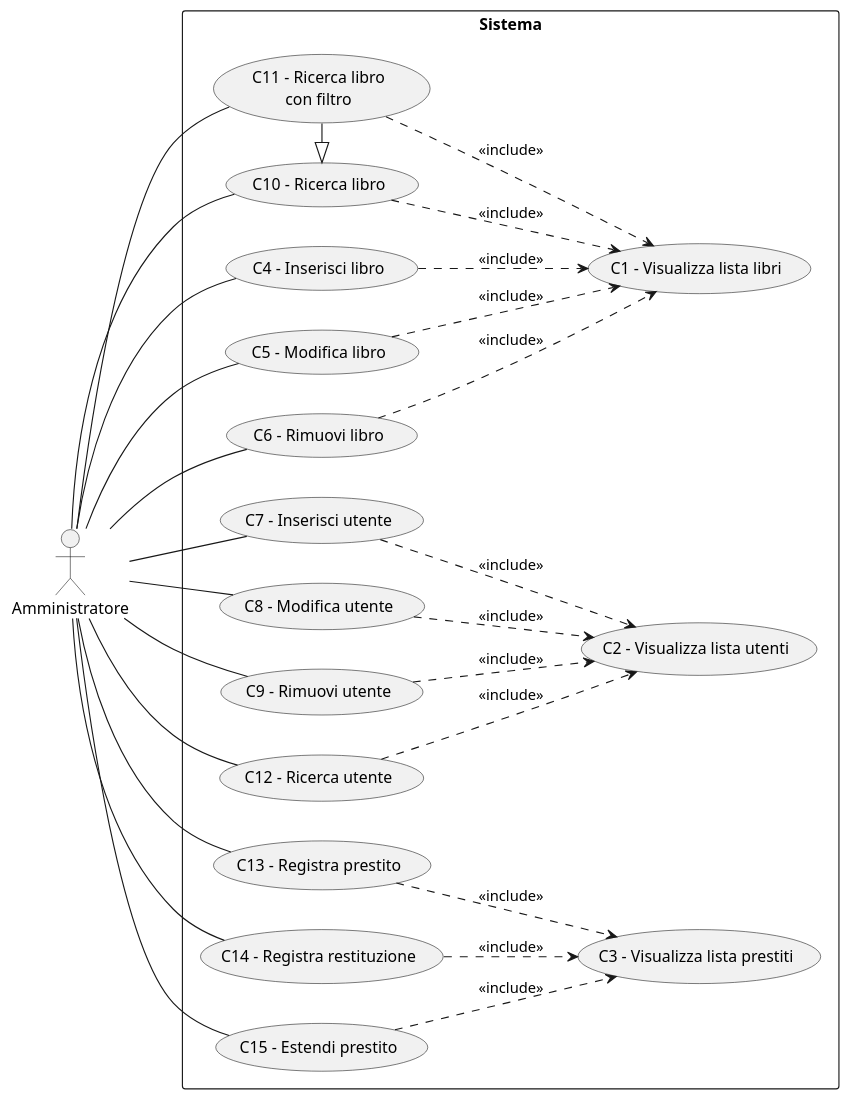
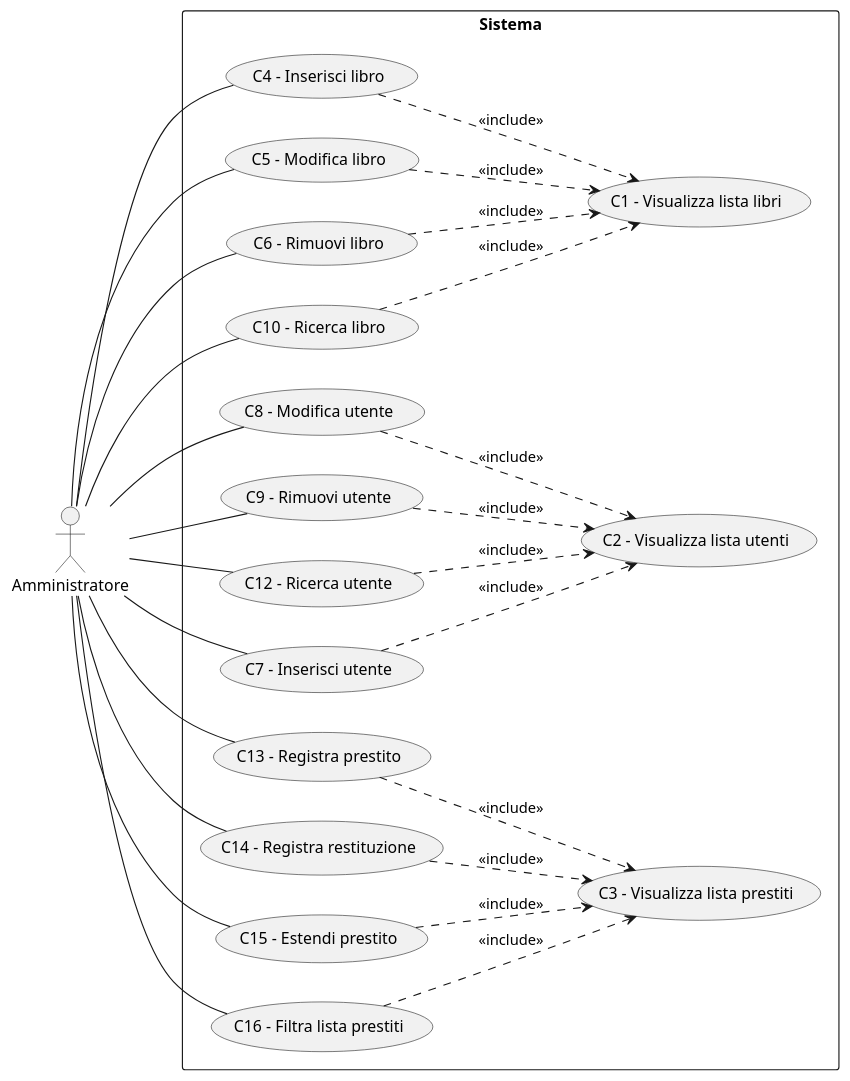
Before and after one commit to TitanVoid/ProgSE-Biblioteca: the diagram in documents/DiagrammiUML/usecases.puml, drawn with PlantUML. The commit also changed 1 other file, not shown here.

Commit message:
Aggiornamento diagramma dei casi d'uso

```diff
--- a/documents/DiagrammiUML/usecases.puml
+++ b/documents/DiagrammiUML/usecases.puml
@@ -1,57 +1,56 @@
 @startuml
 
 left to right direction
 
 :Amministratore: as a
 
 rectangle Sistema {
 
 usecase "C1 - Visualizza lista libri" as UC1
 usecase "C2 - Visualizza lista utenti" as UC2
 usecase "C3 - Visualizza lista prestiti" as UC3
 usecase "C4 - Inserisci libro" as UC4
 usecase "C5 - Modifica libro" as UC5
 usecase "C6 - Rimuovi libro" as UC6
 usecase "C7 - Inserisci utente" as UC7
 usecase "C8 - Modifica utente" as UC8
 usecase "C9 - Rimuovi utente" as UC9
 usecase "C10 - Ricerca libro" as UC10
-usecase "C11 - Ricerca libro\ncon filtro" as UC11
+'usecase "C11 - Ricerca libro\ncon filtro" as UC11
 usecase "C12 - Ricerca utente" as UC12
 usecase "C13 - Registra prestito" as UC13
 usecase "C14 - Registra restituzione" as UC14
 usecase "C15 - Estendi prestito" as UC15
+usecase "C16 - Filtra lista prestiti" as UC16
 
 }
 
 a -- UC4
 a -- UC5
 a -- UC6
 a -- UC10
-a -- UC11
 a -- UC7
 a -- UC8
 a -- UC9
 a -- UC12
 a -- UC13
 a -- UC14
 a -- UC15
-
-UC11 -|> UC10
+a -- UC16
 
 UC4 ..> UC1 : <<include>>
 UC5 ..> UC1 : <<include>>
 UC6 ..> UC1 : <<include>>
 UC10 ..> UC1 : <<include>>
-UC11 ..> UC1 : <<include>>
 
 UC7 ..> UC2 : <<include>>
 UC8 ..> UC2 : <<include>>
 UC9 ..> UC2 : <<include>>
 UC12 ..> UC2 : <<include>>
 
 UC13 ..> UC3 : <<include>>
 UC14 ..> UC3 : <<include>>
 UC15 ..> UC3 : <<include>>
+UC16 ..> UC3 : <<include>>
 
 @enduml
```
